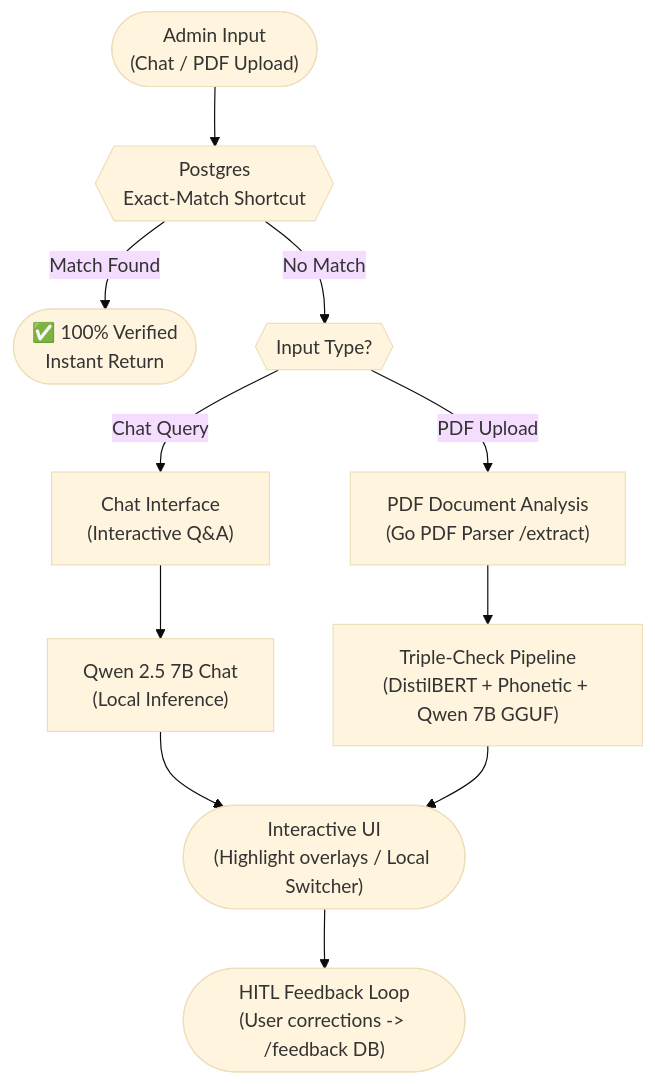
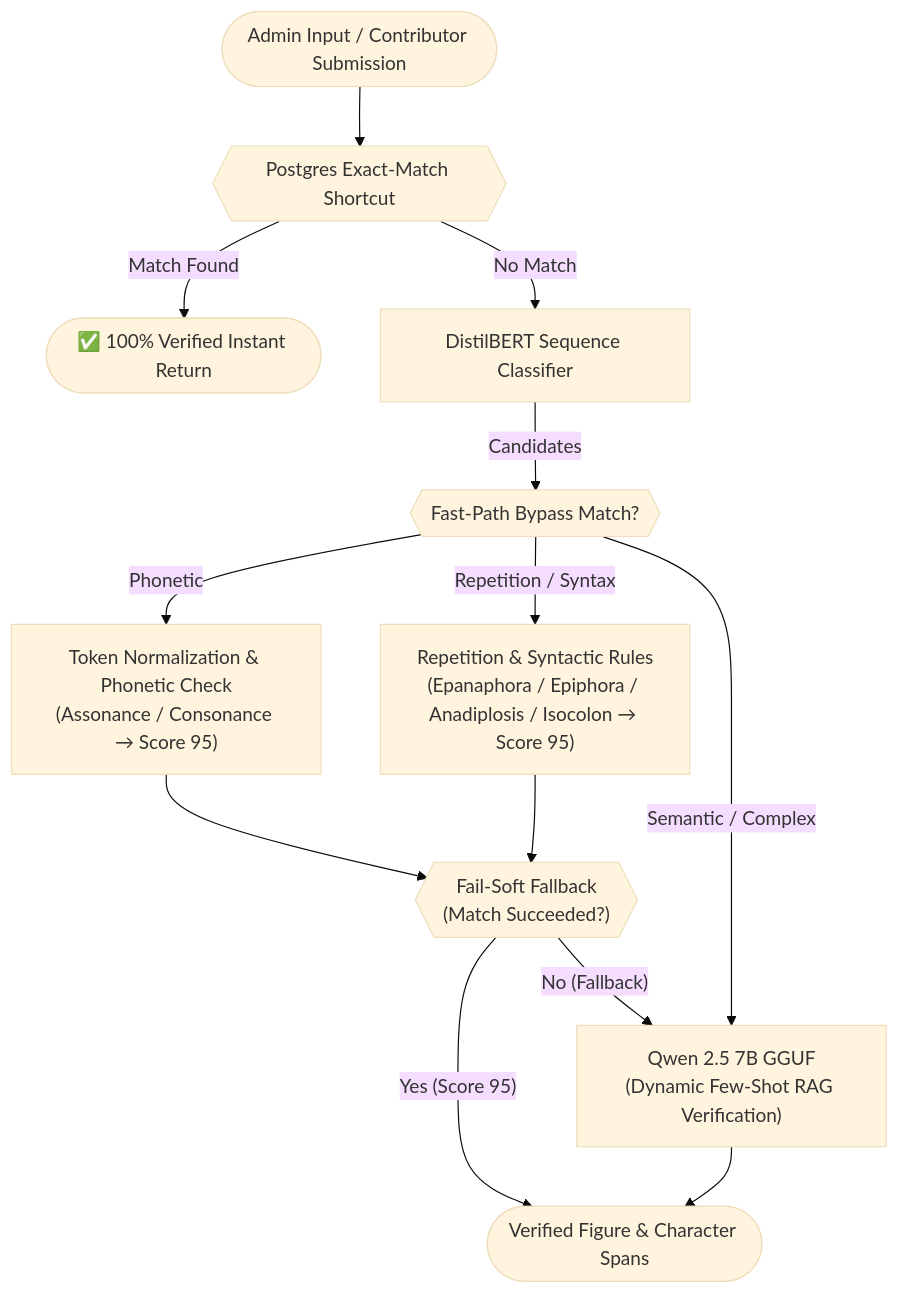
Before and after one commit to prabhsharan1/Research_iSocrates: the first of 2 diagrams in README.md, drawn with Mermaid (base theme). The commit also changed other lines of this file, not shown here.

````diff
--- a/README.md
+++ b/README.md
@@ -15,24 +15,26 @@
 ```mermaid
 flowchart TD
-    A1(["Admin Input\n(Chat / PDF Upload)"])
-    B1{{"Postgres\nExact-Match Shortcut"}}
-    C1(["✅ 100% Verified\nInstant Return"])
-    D1{{"Input Type?"}}
-    E1["Chat Interface\n(Interactive Q&A)"]
-    F1["Qwen 2.5 7B Chat\n(Local Inference)"]
-    G1["PDF Document Analysis\n(Go PDF Parser /extract)"]
-    H1["Triple-Check Pipeline\n(DistilBERT + Phonetic + Qwen 7B GGUF)"]
-    I1(["Interactive UI\n(Highlight overlays / Local Switcher)"])
-    J1(["HITL Feedback Loop\n(User corrections -> /feedback DB)"])
+    A1(["Admin Input / Contributor Submission"])
+    B1{{"Postgres Exact-Match Shortcut"}}
+    C1(["✅ 100% Verified Instant Return"])
+    D1["DistilBERT Sequence Classifier"]
+    E1{{"Fast-Path Bypass Match?"}}
+    F1["Token Normalization & Phonetic Check\n(Assonance / Consonance → Score 95)"]
+    G1["Repetition & Syntactic Rules\n(Epanaphora / Epiphora / Anadiplosis / Isocolon → Score 95)"]
+    H1{{"Fail-Soft Fallback\n(Match Succeeded?)"}}
+    I1["Qwen 2.5 7B GGUF\n(Dynamic Few-Shot RAG Verification)"]
+    J1(["Verified Figure & Character Spans"])
 
     A1 --> B1
     B1 -- "Match Found" --> C1
     B1 -- "No Match" --> D1
-    D1 -- "Chat Query" --> E1
-    E1 --> F1
-    F1 --> I1
-    D1 -- "PDF Upload" --> G1
+    D1 -- "Candidates" --> E1
+    E1 -- "Phonetic" --> F1
+    E1 -- "Repetition / Syntax" --> G1
+    F1 --> H1
     G1 --> H1
-    H1 --> I1
+    H1 -- "Yes (Score 95)" --> J1
+    H1 -- "No (Fallback)" --> I1
+    E1 -- "Semantic / Complex" --> I1
     I1 --> J1
 ```
````
